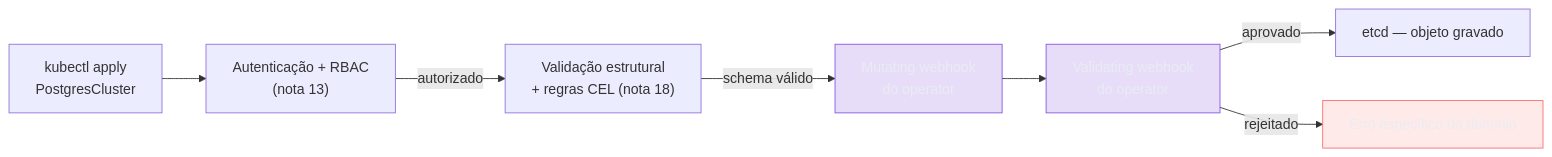
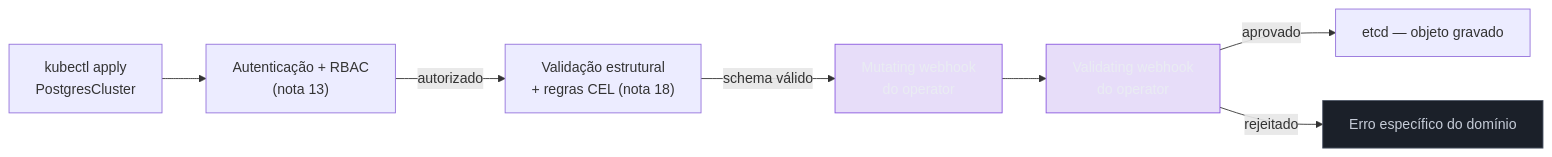
One commit to josenaldo/codex-technomanticus changed the fifth of 5 diagrams in 03-Dominios/Tecnologia/Infraestrutura/Kubernetes/19 - Operators.md. Above: the diagram before and after it, drawn with Mermaid. The commit also changed other lines of this file and 601 other files, not shown here.

````diff
--- a/03-Dominios/Tecnologia/Infraestrutura/Kubernetes/19 - Operators.md
+++ b/03-Dominios/Tecnologia/Infraestrutura/Kubernetes/19 - Operators.md
@@ -274,15 +273,15 @@
 ```mermaid
 graph LR
+    classDef neutro fill:#1B2029,stroke:#4E5666,color:#C6CCD8
     classDef marca fill:#8855DF33,stroke:#8855DF,color:#E9ECF2
-    classDef falha fill:#FF6B6B24,stroke:#FF6B6B,color:#E9ECF2
     Req["kubectl apply<br/>PostgresCluster"] --> Auth["Autenticação + RBAC<br/>(nota 13)"]
     Auth -->|"autorizado"| CEL["Validação estrutural<br/>+ regras CEL (nota 18)"]
     CEL -->|"schema válido"| MW["Mutating webhook<br/>do operator"]
     MW --> VW["Validating webhook<br/>do operator"]
     VW -->|"aprovado"| ETCD["etcd — objeto gravado"]
     VW -->|"rejeitado"| Err["Erro específico do domínio"]
 
     class MW marca
     class VW marca
-    class Err falha
+    class Err neutro
 ```
````
